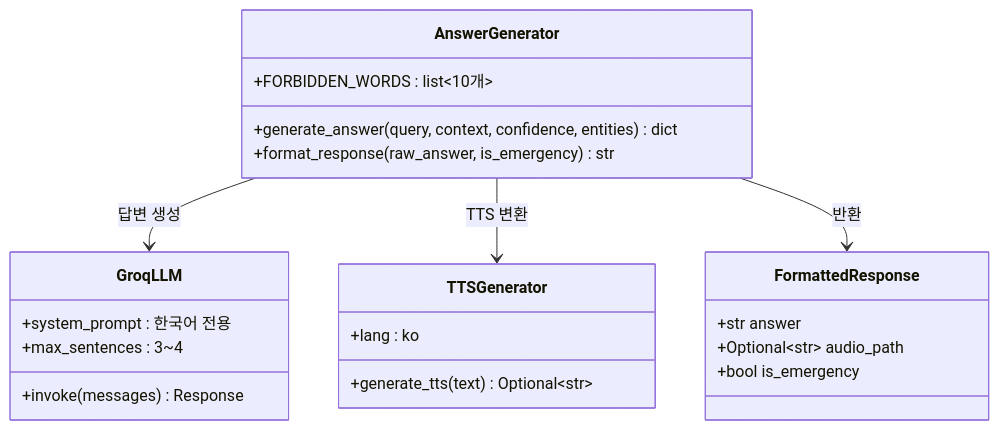
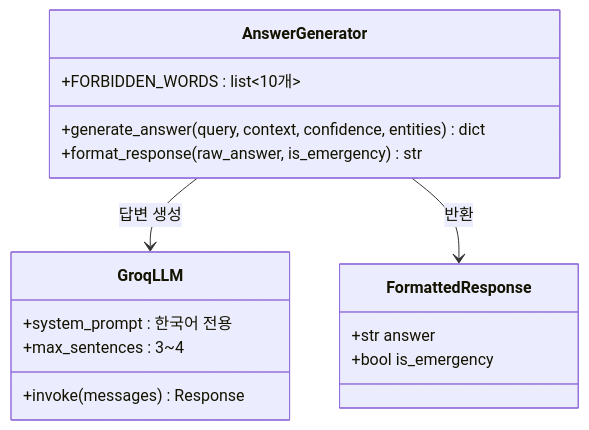
Before and after one commit to lg-hellovision-dx-data-school/LGHelloDoctor: the fifth of 8 diagrams in docs/diagrams.md, drawn with Mermaid. The commit also changed other lines of this file and 13 other files, not shown here.

````diff
--- a/docs/diagrams.md
+++ b/docs/diagrams.md
@@ -165,29 +164,22 @@
 ```mermaid
 classDiagram
     class AnswerGenerator {
         +FORBIDDEN_WORDS : list~10개~
         +generate_answer(query, context, confidence, entities) dict
         +format_response(raw_answer, is_emergency) str
     }
 
     class GroqLLM {
         +system_prompt : 한국어 전용
         +max_sentences : 3~4
         +invoke(messages) Response
     }
 
-    class TTSGenerator {
-        +lang : ko
-        +generate_tts(text) Optional~str~
-    }
-
     class FormattedResponse {
         +str answer
-        +Optional~str~ audio_path
         +bool is_emergency
     }
 
     AnswerGenerator --> GroqLLM : 답변 생성
-    AnswerGenerator --> TTSGenerator : TTS 변환
     AnswerGenerator --> FormattedResponse : 반환
 ```
````
